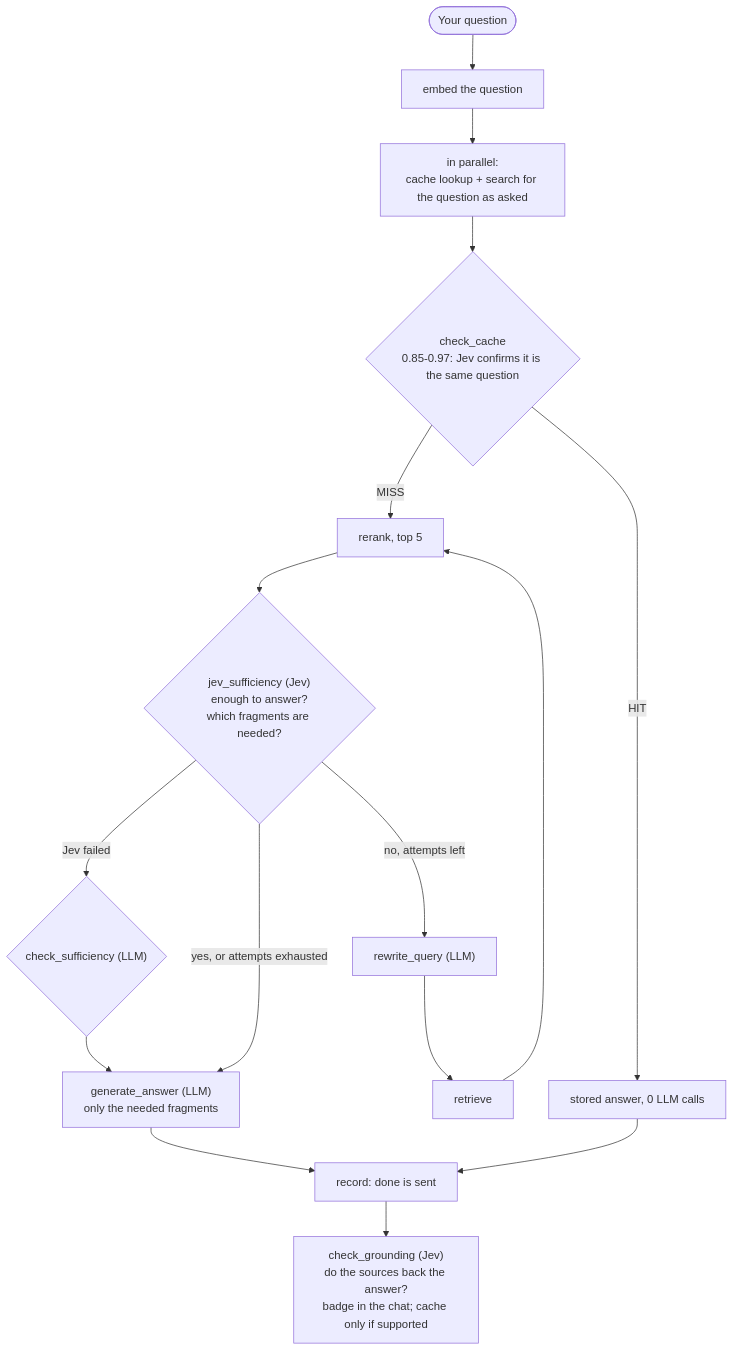
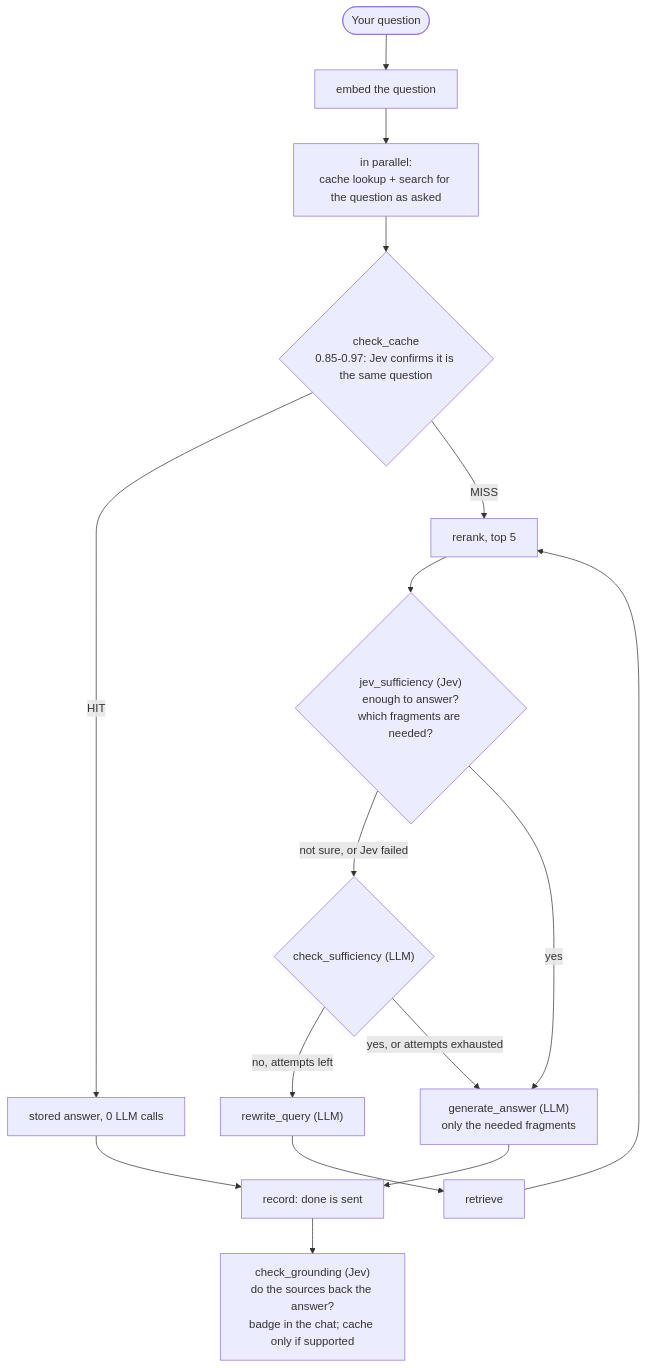
One commit to AntonMinin/groundline changed the fourth of 6 diagrams in docs/how-it-works.md. Above: the diagram before and after it, drawn with Mermaid. The commit also changed other lines of this file and 10 other files, not shown here.

First line of the commit message:
keep the llm check when jev is unsure and keep more fragments

````diff
--- a/docs/how-it-works.md
+++ b/docs/how-it-works.md
@@ -152,16 +152,16 @@
 ```mermaid
 flowchart TD
     Q([Your question]) --> EMB[embed the question]
     EMB --> PAR["in parallel:<br/>cache lookup + search for the question as asked"]
     PAR --> C{"check_cache<br/>0.85-0.97: Jev confirms it is the same question"}
     C -->|HIT| HIT["stored answer, 0 LLM calls"]
     C -->|MISS| RK["rerank, top 5"]
     RK --> J{"jev_sufficiency (Jev)<br/>enough to answer?<br/>which fragments are needed?"}
-    J -->|"no, attempts left"| W["rewrite_query (LLM)"] --> S[retrieve] --> RK
-    J -->|"Jev failed"| SUF{"check_sufficiency (LLM)"}
-    SUF --> G
-    J -->|"yes, or attempts exhausted"| G["generate_answer (LLM)<br/>only the needed fragments"]
+    J -->|"not sure, or Jev failed"| SUF{"check_sufficiency (LLM)"}
+    SUF -->|"no, attempts left"| W["rewrite_query (LLM)"] --> S[retrieve] --> RK
+    SUF -->|"yes, or attempts exhausted"| G
+    J -->|"yes"| G["generate_answer (LLM)<br/>only the needed fragments"]
     G --> R["record: done is sent"]
     HIT --> R
     R --> GR["check_grounding (Jev)<br/>do the sources back the answer?<br/>badge in the chat; cache only if supported"]
 ```
````
